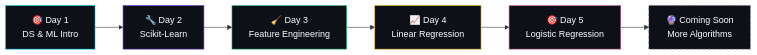
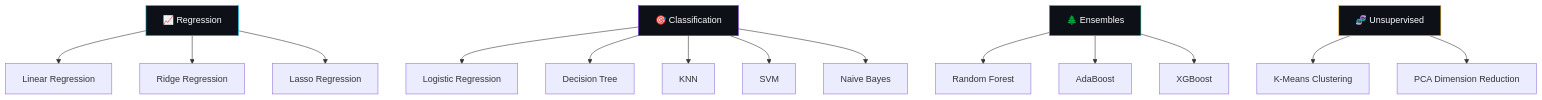
Before and after one commit to JayanGupta/Data_Science_Notes: the diagram in README.md, drawn with Mermaid. The commit also changed other lines of this file and 22 other files, not shown here.

````diff
--- a/README.md
+++ b/README.md
@@ -173,15 +121,24 @@
 ```mermaid
-graph LR
-    A[🎯 Day 1<br/>DS & ML Intro] --> B[🔧 Day 2<br/>Scikit-Learn]
-    B --> C[🧹 Day 3<br/>Feature Engineering]
-    C --> D[📈 Day 4<br/>Linear Regression]
-    D --> E[🎯 Day 5<br/>Logistic Regression]
-    E --> F[🔮 Coming Soon<br/>More Algorithms]
+graph TD
+    A[📈 Regression] --> A1[Linear Regression]
+    A --> A2[Ridge Regression]
+    A --> A3[Lasso Regression]
+    
+    B[🎯 Classification] --> B1[Logistic Regression]
+    B --> B2[Decision Tree]
+    B --> B3[KNN]
+    B --> B4[SVM]
+    B --> B5[Naive Bayes]
+    
+    C[🌲 Ensembles] --> C1[Random Forest]
+    C --> C2[AdaBoost]
+    C --> C3[XGBoost]
+    
+    D[🧬 Unsupervised] --> D1[K-Means Clustering]
+    D --> D2[PCA Dimension Reduction]
 
     style A fill:#0d1117,stroke:#00d9ff,color:#ffffff
     style B fill:#0d1117,stroke:#7c3aed,color:#ffffff
     style C fill:#0d1117,stroke:#34d399,color:#ffffff
     style D fill:#0d1117,stroke:#fbbf24,color:#ffffff
-    style E fill:#0d1117,stroke:#f472b6,color:#ffffff
-    style F fill:#0d1117,stroke:#6b7280,color:#ffffff,stroke-dasharray: 5 5
 ```
````
